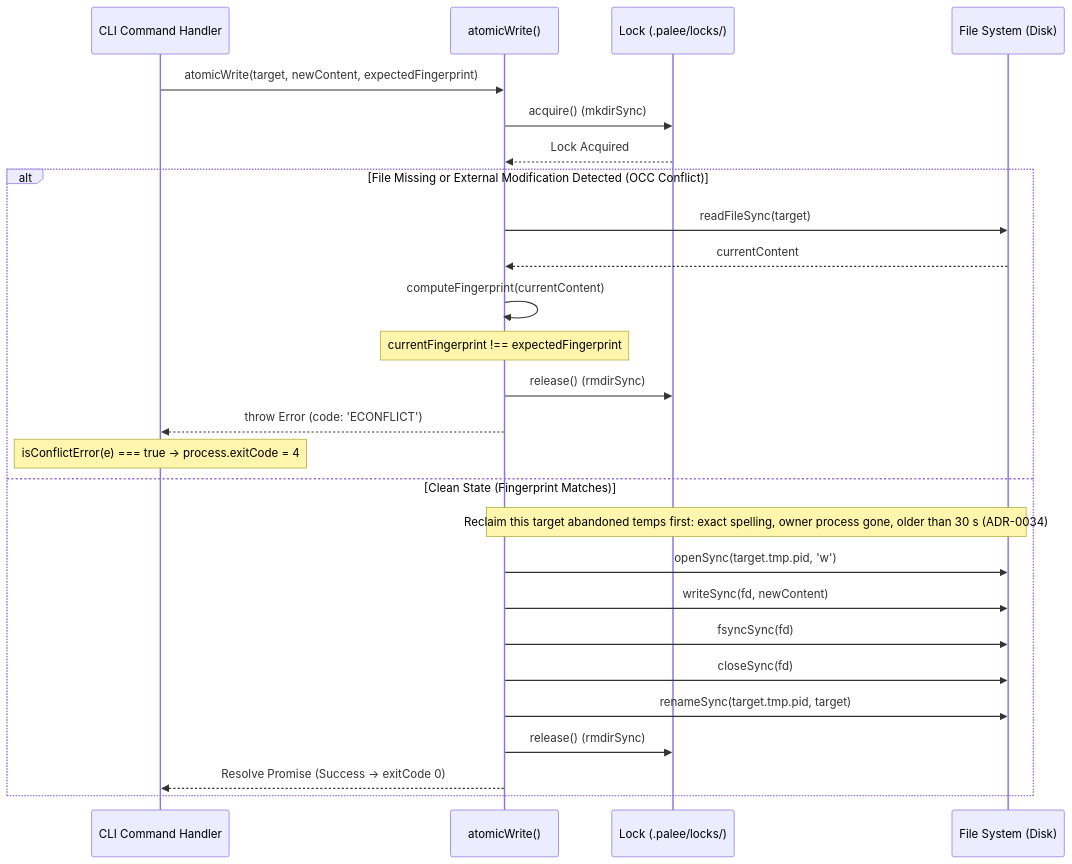
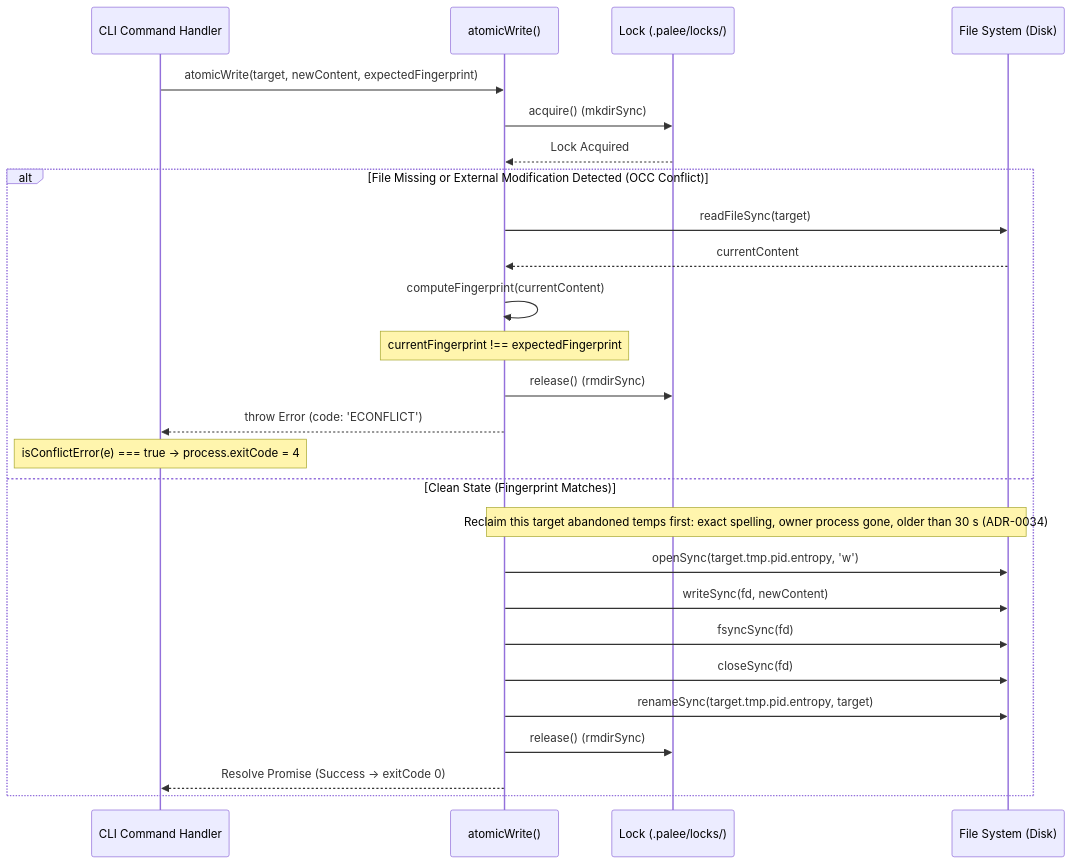
One commit to Kuldeep2822k/cli changed the first of 2 diagrams in docs/04-1-frontmatter-parser-and-atomic-writes.md. Above: the diagram before and after it, drawn with Mermaid.

Commit message:
docs: show the full temp name in the atomic-write diagram (#481)
The sequence diagram's openSync and renameSync labels named the temp
target.tmp.pid; the primitive writes target.tmp.pid.entropy, which
step 3 and the reaper already say.

````diff
--- a/docs/04-1-frontmatter-parser-and-atomic-writes.md
+++ b/docs/04-1-frontmatter-parser-and-atomic-writes.md
@@ -82,30 +82,30 @@
 ```mermaid
 sequenceDiagram
     participant CLI as CLI Command Handler
     participant AW as atomicWrite()
     participant Lock as Lock (.palee/locks/)
     participant FS as File System (Disk)
 
     CLI->>AW: atomicWrite(target, newContent, expectedFingerprint)
     AW->>Lock: acquire() (mkdirSync)
     Lock-->>AW: Lock Acquired
 
     alt File Missing or External Modification Detected (OCC Conflict)
         AW->>FS: readFileSync(target)
         FS-->>AW: currentContent
         AW->>AW: computeFingerprint(currentContent)
         Note over AW: currentFingerprint !== expectedFingerprint
         AW->>Lock: release() (rmdirSync)
         AW-->>CLI: throw Error (code: 'ECONFLICT')
         Note over CLI: isConflictError(e) === true → process.exitCode = 4
     else Clean State (Fingerprint Matches)
         Note over AW,FS: Reclaim this target abandoned temps first: exact spelling, owner process gone, older than 30 s (ADR-0034)
-        AW->>FS: openSync(target.tmp.pid, 'w')
+        AW->>FS: openSync(target.tmp.pid.entropy, 'w')
         AW->>FS: writeSync(fd, newContent)
         AW->>FS: fsyncSync(fd)
         AW->>FS: closeSync(fd)
-        AW->>FS: renameSync(target.tmp.pid, target)
+        AW->>FS: renameSync(target.tmp.pid.entropy, target)
         AW->>Lock: release() (rmdirSync)
         AW-->>CLI: Resolve Promise (Success → exitCode 0)
     end
 ```
````
